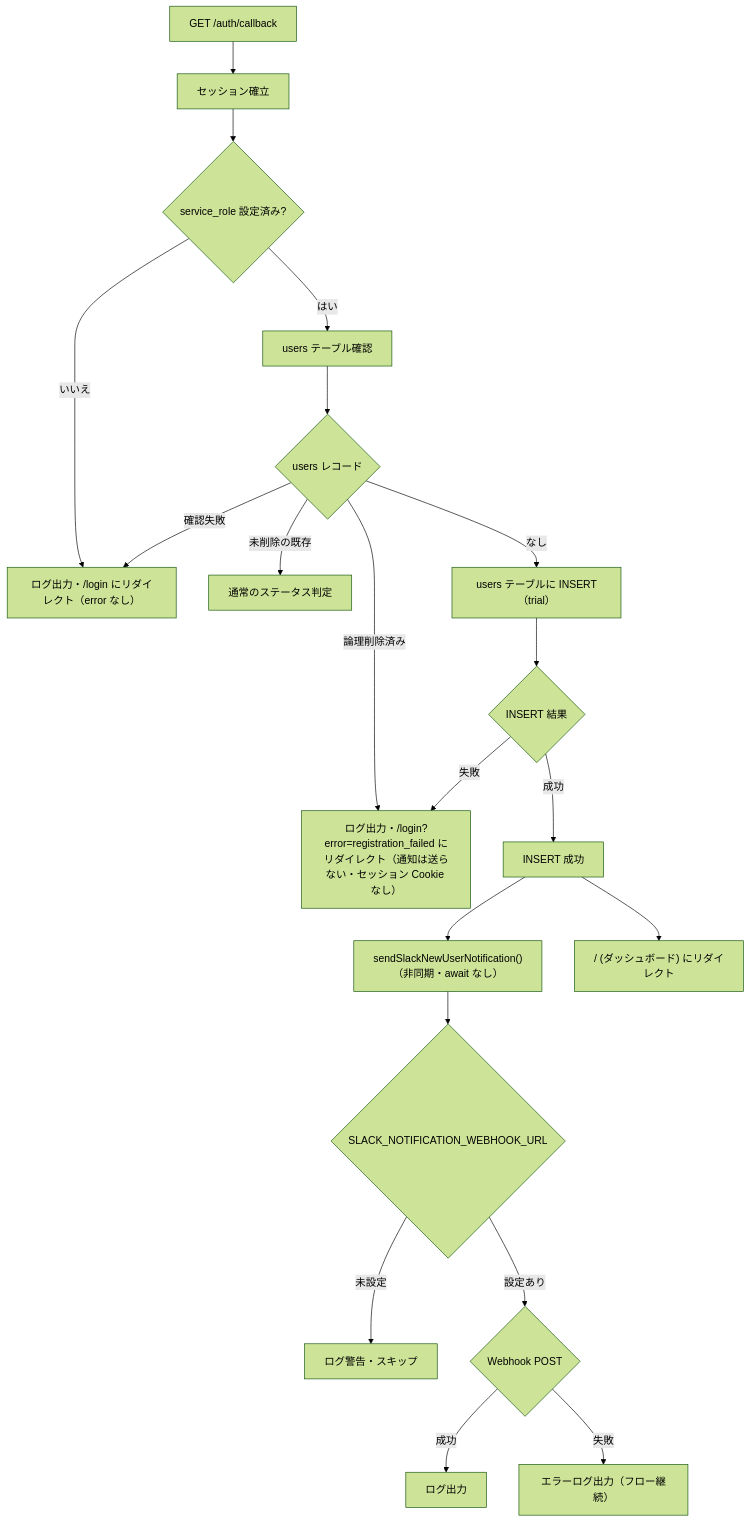
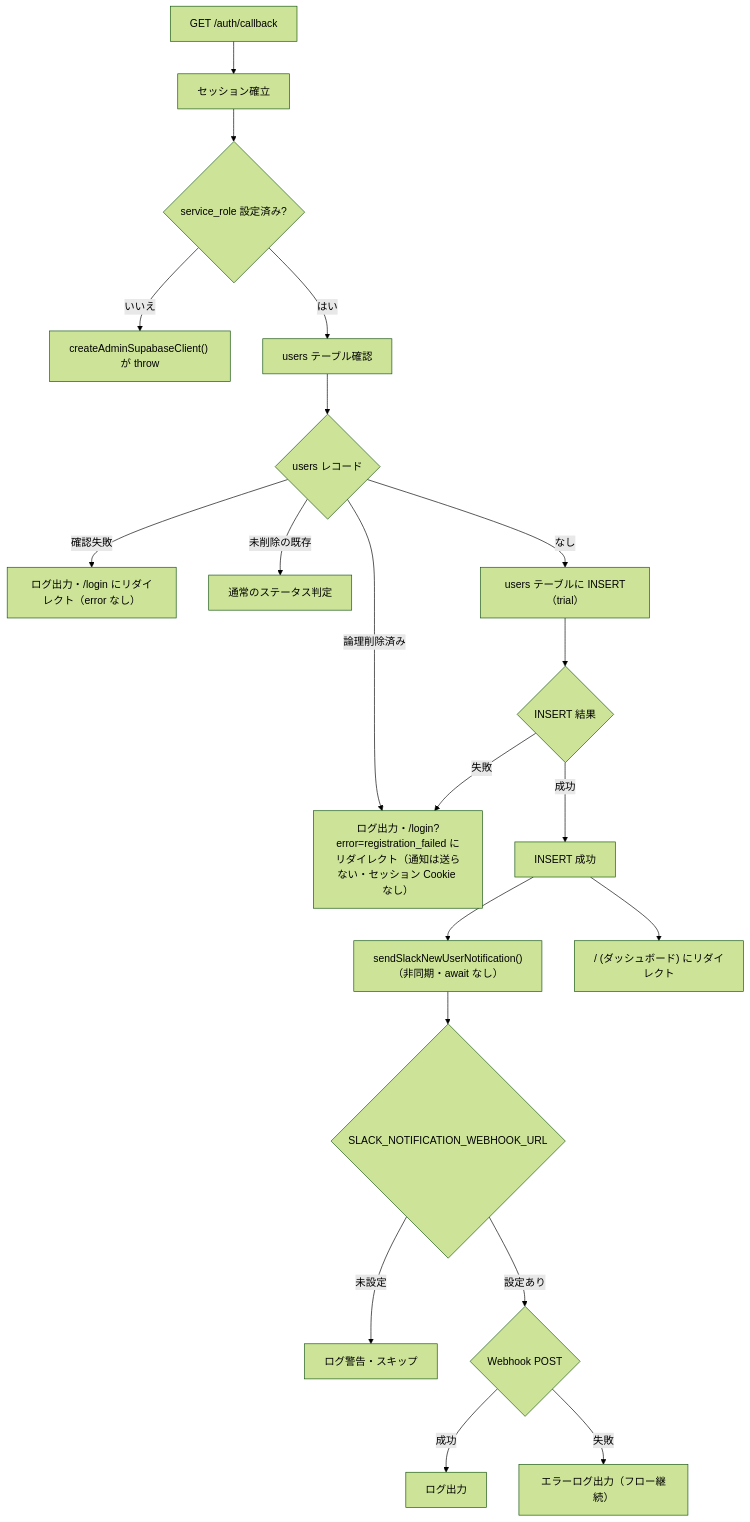
The sixth of 7 diagrams in docs/specification.md (Singuralitylabs/sinlab-study), drawn with Mermaid (forest theme) before and after one commit. The commit also changed other lines of this file, not shown here.

First line of the commit message:
docs: service_role 未設定時の throw 挙動を仕様書に追従

````diff
--- a/docs/specification.md
+++ b/docs/specification.md
@@ -1009,22 +1010,22 @@
 ```mermaid
 flowchart TD
     A["GET /auth/callback"] --> B["セッション確立"]
     B --> K{service_role 設定済み?}
-    K -->|いいえ| L["ログ出力・/login にリダイレクト（error なし）"]
+    K -->|いいえ| T["createAdminSupabaseClient() が throw"]
     K -->|はい| B2["users テーブル確認"]
     B2 --> C{users レコード}
-    C -->|確認失敗| L
+    C -->|確認失敗| L["ログ出力・/login にリダイレクト（error なし）"]
     C -->|未削除の既存| Z[通常のステータス判定]
     C -->|論理削除済み| Q["ログ出力・/login?error=registration_failed にリダイレクト（通知は送らない・セッション Cookie なし）"]
     C -->|なし| D["users テーブルに INSERT（trial）"]
     D --> E{INSERT 結果}
     E -->|成功| S[INSERT 成功]
     S --> F["sendSlackNewUserNotification()<br/>（非同期・await なし）"]
     S --> P["/ (ダッシュボード) にリダイレクト"]
     F --> G1{SLACK_NOTIFICATION_WEBHOOK_URL}
     G1 -->|未設定| H1[ログ警告・スキップ]
     G1 -->|設定あり| H2{Webhook POST}
     H2 -->|成功| I1[ログ出力]
     H2 -->|失敗| I2["エラーログ出力（フロー継続）"]
     E -->|失敗| Q
 ```
````
